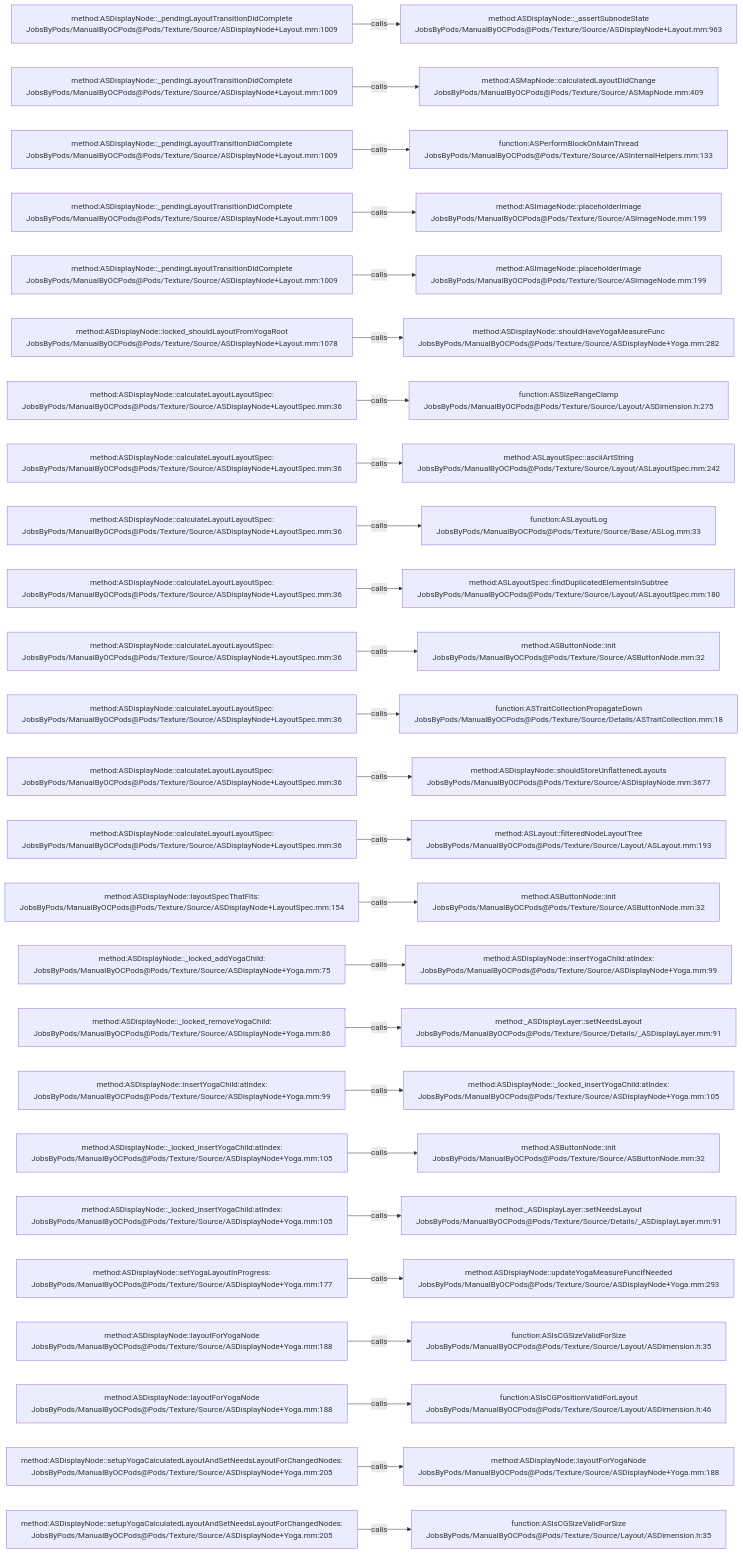
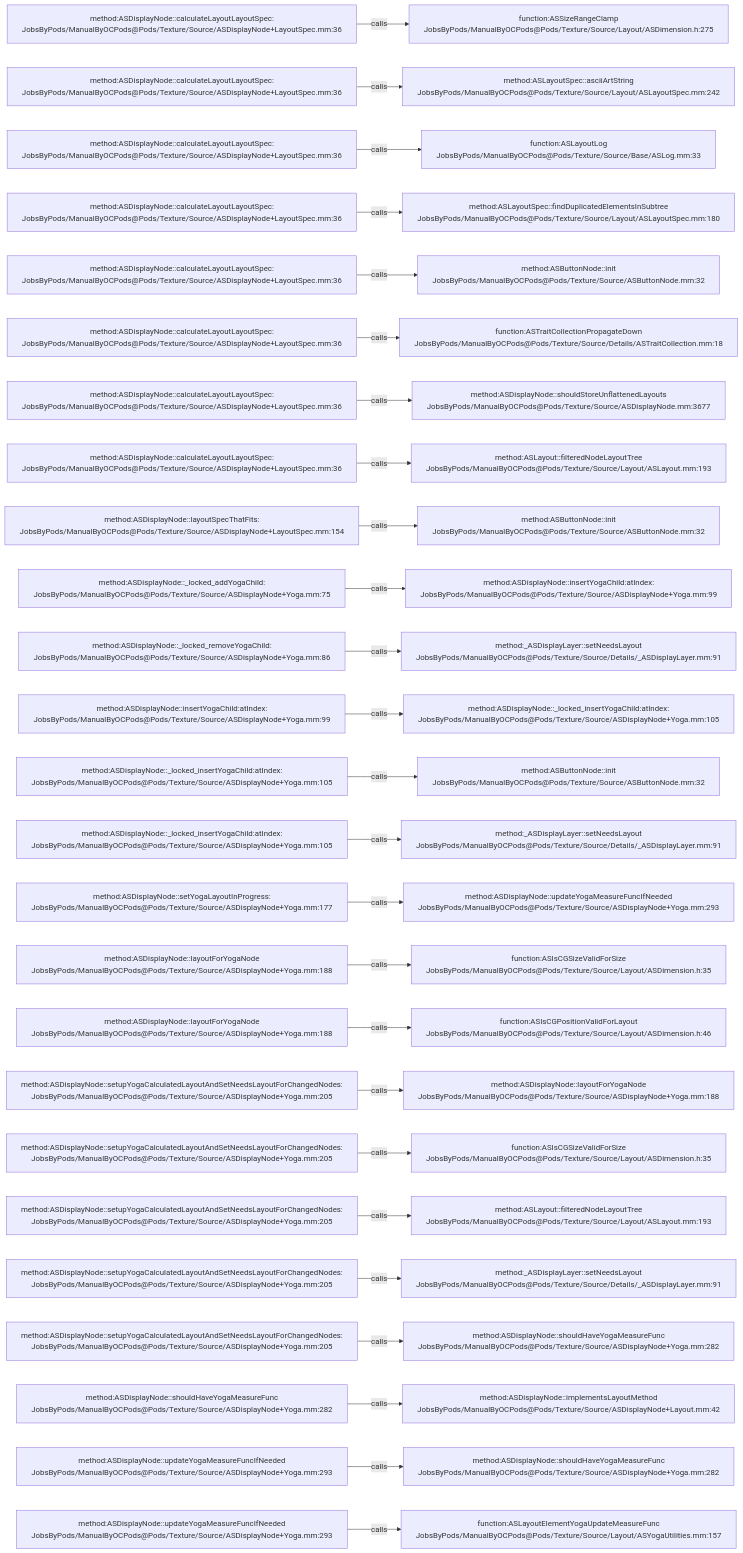
One commit to JobsKits/JobsOCBaseConfigDemo changed the diagram in .codegraph/codegraph.md/graphs/calls-086.md. Above: the diagram before and after it, drawn with Mermaid. The commit also changed 666 other files, not shown here.

````diff
--- a/.codegraph/codegraph.md/graphs/calls-086.md
+++ b/.codegraph/codegraph.md/graphs/calls-086.md
@@ -13,78 +13,78 @@
 ```mermaid
 flowchart LR
-  S1["method:ASDisplayNode::_pendingLayoutTransitionDidComplete<br/>JobsByPods/ManualByOCPods@Pods/Texture/Source/ASDisplayNode+Layout.mm:1009"]
-  T1["method:ASDisplayNode::_assertSubnodeState<br/>JobsByPods/ManualByOCPods@Pods/Texture/Source/ASDisplayNode+Layout.mm:963"]
+  S1["method:ASDisplayNode::calculateLayoutLayoutSpec:<br/>JobsByPods/ManualByOCPods@Pods/Texture/Source/ASDisplayNode+LayoutSpec.mm:36"]
+  T1["function:ASSizeRangeClamp<br/>JobsByPods/ManualByOCPods@Pods/Texture/Source/Layout/ASDimension.h:275"]
   S1 -->|calls| T1
-  S2["method:ASDisplayNode::_pendingLayoutTransitionDidComplete<br/>JobsByPods/ManualByOCPods@Pods/Texture/Source/ASDisplayNode+Layout.mm:1009"]
-  T2["method:ASMapNode::calculatedLayoutDidChange<br/>JobsByPods/ManualByOCPods@Pods/Texture/Source/ASMapNode.mm:409"]
+  S2["method:ASDisplayNode::calculateLayoutLayoutSpec:<br/>JobsByPods/ManualByOCPods@Pods/Texture/Source/ASDisplayNode+LayoutSpec.mm:36"]
+  T2["method:ASLayoutSpec::asciiArtString<br/>JobsByPods/ManualByOCPods@Pods/Texture/Source/Layout/ASLayoutSpec.mm:242"]
   S2 -->|calls| T2
-  S3["method:ASDisplayNode::_pendingLayoutTransitionDidComplete<br/>JobsByPods/ManualByOCPods@Pods/Texture/Source/ASDisplayNode+Layout.mm:1009"]
-  T3["function:ASPerformBlockOnMainThread<br/>JobsByPods/ManualByOCPods@Pods/Texture/Source/ASInternalHelpers.mm:133"]
+  S3["method:ASDisplayNode::calculateLayoutLayoutSpec:<br/>JobsByPods/ManualByOCPods@Pods/Texture/Source/ASDisplayNode+LayoutSpec.mm:36"]
+  T3["function:ASLayoutLog<br/>JobsByPods/ManualByOCPods@Pods/Texture/Source/Base/ASLog.mm:33"]
   S3 -->|calls| T3
-  S4["method:ASDisplayNode::_pendingLayoutTransitionDidComplete<br/>JobsByPods/ManualByOCPods@Pods/Texture/Source/ASDisplayNode+Layout.mm:1009"]
-  T4["method:ASImageNode::placeholderImage<br/>JobsByPods/ManualByOCPods@Pods/Texture/Source/ASImageNode.mm:199"]
+  S4["method:ASDisplayNode::calculateLayoutLayoutSpec:<br/>JobsByPods/ManualByOCPods@Pods/Texture/Source/ASDisplayNode+LayoutSpec.mm:36"]
+  T4["method:ASLayoutSpec::findDuplicatedElementsInSubtree<br/>JobsByPods/ManualByOCPods@Pods/Texture/Source/Layout/ASLayoutSpec.mm:180"]
   S4 -->|calls| T4
-  S5["method:ASDisplayNode::_pendingLayoutTransitionDidComplete<br/>JobsByPods/ManualByOCPods@Pods/Texture/Source/ASDisplayNode+Layout.mm:1009"]
-  T5["method:ASImageNode::placeholderImage<br/>JobsByPods/ManualByOCPods@Pods/Texture/Source/ASImageNode.mm:199"]
+  S5["method:ASDisplayNode::calculateLayoutLayoutSpec:<br/>JobsByPods/ManualByOCPods@Pods/Texture/Source/ASDisplayNode+LayoutSpec.mm:36"]
+  T5["method:ASButtonNode::init<br/>JobsByPods/ManualByOCPods@Pods/Texture/Source/ASButtonNode.mm:32"]
   S5 -->|calls| T5
-  S6["method:ASDisplayNode::locked_shouldLayoutFromYogaRoot<br/>JobsByPods/ManualByOCPods@Pods/Texture/Source/ASDisplayNode+Layout.mm:1078"]
-  T6["method:ASDisplayNode::shouldHaveYogaMeasureFunc<br/>JobsByPods/ManualByOCPods@Pods/Texture/Source/ASDisplayNode+Yoga.mm:282"]
+  S6["method:ASDisplayNode::calculateLayoutLayoutSpec:<br/>JobsByPods/ManualByOCPods@Pods/Texture/Source/ASDisplayNode+LayoutSpec.mm:36"]
+  T6["function:ASTraitCollectionPropagateDown<br/>JobsByPods/ManualByOCPods@Pods/Texture/Source/Details/ASTraitCollection.mm:18"]
   S6 -->|calls| T6
   S7["method:ASDisplayNode::calculateLayoutLayoutSpec:<br/>JobsByPods/ManualByOCPods@Pods/Texture/Source/ASDisplayNode+LayoutSpec.mm:36"]
-  T7["function:ASSizeRangeClamp<br/>JobsByPods/ManualByOCPods@Pods/Texture/Source/Layout/ASDimension.h:275"]
+  T7["method:ASDisplayNode::shouldStoreUnflattenedLayouts<br/>JobsByPods/ManualByOCPods@Pods/Texture/Source/ASDisplayNode.mm:3677"]
   S7 -->|calls| T7
   S8["method:ASDisplayNode::calculateLayoutLayoutSpec:<br/>JobsByPods/ManualByOCPods@Pods/Texture/Source/ASDisplayNode+LayoutSpec.mm:36"]
-  T8["method:ASLayoutSpec::asciiArtString<br/>JobsByPods/ManualByOCPods@Pods/Texture/Source/Layout/ASLayoutSpec.mm:242"]
+  T8["method:ASLayout::filteredNodeLayoutTree<br/>JobsByPods/ManualByOCPods@Pods/Texture/Source/Layout/ASLayout.mm:193"]
   S8 -->|calls| T8
-  S9["method:ASDisplayNode::calculateLayoutLayoutSpec:<br/>JobsByPods/ManualByOCPods@Pods/Texture/Source/ASDisplayNode+LayoutSpec.mm:36"]
-  T9["function:ASLayoutLog<br/>JobsByPods/ManualByOCPods@Pods/Texture/Source/Base/ASLog.mm:33"]
+  S9["method:ASDisplayNode::layoutSpecThatFits:<br/>JobsByPods/ManualByOCPods@Pods/Texture/Source/ASDisplayNode+LayoutSpec.mm:154"]
+  T9["method:ASButtonNode::init<br/>JobsByPods/ManualByOCPods@Pods/Texture/Source/ASButtonNode.mm:32"]
   S9 -->|calls| T9
-  S10["method:ASDisplayNode::calculateLayoutLayoutSpec:<br/>JobsByPods/ManualByOCPods@Pods/Texture/Source/ASDisplayNode+LayoutSpec.mm:36"]
-  T10["method:ASLayoutSpec::findDuplicatedElementsInSubtree<br/>JobsByPods/ManualByOCPods@Pods/Texture/Source/Layout/ASLayoutSpec.mm:180"]
+  S10["method:ASDisplayNode::_locked_addYogaChild:<br/>JobsByPods/ManualByOCPods@Pods/Texture/Source/ASDisplayNode+Yoga.mm:75"]
+  T10["method:ASDisplayNode::insertYogaChild:atIndex:<br/>JobsByPods/ManualByOCPods@Pods/Texture/Source/ASDisplayNode+Yoga.mm:99"]
   S10 -->|calls| T10
-  S11["method:ASDisplayNode::calculateLayoutLayoutSpec:<br/>JobsByPods/ManualByOCPods@Pods/Texture/Source/ASDisplayNode+LayoutSpec.mm:36"]
-  T11["method:ASButtonNode::init<br/>JobsByPods/ManualByOCPods@Pods/Texture/Source/ASButtonNode.mm:32"]
+  S11["method:ASDisplayNode::_locked_removeYogaChild:<br/>JobsByPods/ManualByOCPods@Pods/Texture/Source/ASDisplayNode+Yoga.mm:86"]
+  T11["method:_ASDisplayLayer::setNeedsLayout<br/>JobsByPods/ManualByOCPods@Pods/Texture/Source/Details/_ASDisplayLayer.mm:91"]
   S11 -->|calls| T11
-  S12["method:ASDisplayNode::calculateLayoutLayoutSpec:<br/>JobsByPods/ManualByOCPods@Pods/Texture/Source/ASDisplayNode+LayoutSpec.mm:36"]
-  T12["function:ASTraitCollectionPropagateDown<br/>JobsByPods/ManualByOCPods@Pods/Texture/Source/Details/ASTraitCollection.mm:18"]
+  S12["method:ASDisplayNode::insertYogaChild:atIndex:<br/>JobsByPods/ManualByOCPods@Pods/Texture/Source/ASDisplayNode+Yoga.mm:99"]
+  T12["method:ASDisplayNode::_locked_insertYogaChild:atIndex:<br/>JobsByPods/ManualByOCPods@Pods/Texture/Source/ASDisplayNode+Yoga.mm:105"]
   S12 -->|calls| T12
-  S13["method:ASDisplayNode::calculateLayoutLayoutSpec:<br/>JobsByPods/ManualByOCPods@Pods/Texture/Source/ASDisplayNode+LayoutSpec.mm:36"]
-  T13["method:ASDisplayNode::shouldStoreUnflattenedLayouts<br/>JobsByPods/ManualByOCPods@Pods/Texture/Source/ASDisplayNode.mm:3677"]
+  S13["method:ASDisplayNode::_locked_insertYogaChild:atIndex:<br/>JobsByPods/ManualByOCPods@Pods/Texture/Source/ASDisplayNode+Yoga.mm:105"]
+  T13["method:ASButtonNode::init<br/>JobsByPods/ManualByOCPods@Pods/Texture/Source/ASButtonNode.mm:32"]
   S13 -->|calls| T13
-  S14["method:ASDisplayNode::calculateLayoutLayoutSpec:<br/>JobsByPods/ManualByOCPods@Pods/Texture/Source/ASDisplayNode+LayoutSpec.mm:36"]
-  T14["method:ASLayout::filteredNodeLayoutTree<br/>JobsByPods/ManualByOCPods@Pods/Texture/Source/Layout/ASLayout.mm:193"]
+  S14["method:ASDisplayNode::_locked_insertYogaChild:atIndex:<br/>JobsByPods/ManualByOCPods@Pods/Texture/Source/ASDisplayNode+Yoga.mm:105"]
+  T14["method:_ASDisplayLayer::setNeedsLayout<br/>JobsByPods/ManualByOCPods@Pods/Texture/Source/Details/_ASDisplayLayer.mm:91"]
   S14 -->|calls| T14
-  S15["method:ASDisplayNode::layoutSpecThatFits:<br/>JobsByPods/ManualByOCPods@Pods/Texture/Source/ASDisplayNode+LayoutSpec.mm:154"]
-  T15["method:ASButtonNode::init<br/>JobsByPods/ManualByOCPods@Pods/Texture/Source/ASButtonNode.mm:32"]
+  S15["method:ASDisplayNode::setYogaLayoutInProgress:<br/>JobsByPods/ManualByOCPods@Pods/Texture/Source/ASDisplayNode+Yoga.mm:177"]
+  T15["method:ASDisplayNode::updateYogaMeasureFuncIfNeeded<br/>JobsByPods/ManualByOCPods@Pods/Texture/Source/ASDisplayNode+Yoga.mm:293"]
   S15 -->|calls| T15
-  S16["method:ASDisplayNode::_locked_addYogaChild:<br/>JobsByPods/ManualByOCPods@Pods/Texture/Source/ASDisplayNode+Yoga.mm:75"]
-  T16["method:ASDisplayNode::insertYogaChild:atIndex:<br/>JobsByPods/ManualByOCPods@Pods/Texture/Source/ASDisplayNode+Yoga.mm:99"]
+  S16["method:ASDisplayNode::layoutForYogaNode<br/>JobsByPods/ManualByOCPods@Pods/Texture/Source/ASDisplayNode+Yoga.mm:188"]
+  T16["function:ASIsCGSizeValidForSize<br/>JobsByPods/ManualByOCPods@Pods/Texture/Source/Layout/ASDimension.h:35"]
   S16 -->|calls| T16
-  S17["method:ASDisplayNode::_locked_removeYogaChild:<br/>JobsByPods/ManualByOCPods@Pods/Texture/Source/ASDisplayNode+Yoga.mm:86"]
-  T17["method:_ASDisplayLayer::setNeedsLayout<br/>JobsByPods/ManualByOCPods@Pods/Texture/Source/Details/_ASDisplayLayer.mm:91"]
+  S17["method:ASDisplayNode::layoutForYogaNode<br/>JobsByPods/ManualByOCPods@Pods/Texture/Source/ASDisplayNode+Yoga.mm:188"]
+  T17["function:ASIsCGPositionValidForLayout<br/>JobsByPods/ManualByOCPods@Pods/Texture/Source/Layout/ASDimension.h:46"]
   S17 -->|calls| T17
-  S18["method:ASDisplayNode::insertYogaChild:atIndex:<br/>JobsByPods/ManualByOCPods@Pods/Texture/Source/ASDisplayNode+Yoga.mm:99"]
-  T18["method:ASDisplayNode::_locked_insertYogaChild:atIndex:<br/>JobsByPods/ManualByOCPods@Pods/Texture/Source/ASDisplayNode+Yoga.mm:105"]
+  S18["method:ASDisplayNode::setupYogaCalculatedLayoutAndSetNeedsLayoutForChangedNodes:<br/>JobsByPods/ManualByOCPods@Pods/Texture/Source/ASDisplayNode+Yoga.mm:205"]
+  T18["method:ASDisplayNode::layoutForYogaNode<br/>JobsByPods/ManualByOCPods@Pods/Texture/Source/ASDisplayNode+Yoga.mm:188"]
   S18 -->|calls| T18
-  S19["method:ASDisplayNode::_locked_insertYogaChild:atIndex:<br/>JobsByPods/ManualByOCPods@Pods/Texture/Source/ASDisplayNode+Yoga.mm:105"]
-  T19["method:ASButtonNode::init<br/>JobsByPods/ManualByOCPods@Pods/Texture/Source/ASButtonNode.mm:32"]
+  S19["method:ASDisplayNode::setupYogaCalculatedLayoutAndSetNeedsLayoutForChangedNodes:<br/>JobsByPods/ManualByOCPods@Pods/Texture/Source/ASDisplayNode+Yoga.mm:205"]
+  T19["function:ASIsCGSizeValidForSize<br/>JobsByPods/ManualByOCPods@Pods/Texture/Source/Layout/ASDimension.h:35"]
   S19 -->|calls| T19
-  S20["method:ASDisplayNode::_locked_insertYogaChild:atIndex:<br/>JobsByPods/ManualByOCPods@Pods/Texture/Source/ASDisplayNode+Yoga.mm:105"]
-  T20["method:_ASDisplayLayer::setNeedsLayout<br/>JobsByPods/ManualByOCPods@Pods/Texture/Source/Details/_ASDisplayLayer.mm:91"]
+  S20["method:ASDisplayNode::setupYogaCalculatedLayoutAndSetNeedsLayoutForChangedNodes:<br/>JobsByPods/ManualByOCPods@Pods/Texture/Source/ASDisplayNode+Yoga.mm:205"]
+  T20["method:ASLayout::filteredNodeLayoutTree<br/>JobsByPods/ManualByOCPods@Pods/Texture/Source/Layout/ASLayout.mm:193"]
   S20 -->|calls| T20
-  S21["method:ASDisplayNode::setYogaLayoutInProgress:<br/>JobsByPods/ManualByOCPods@Pods/Texture/Source/ASDisplayNode+Yoga.mm:177"]
-  T21["method:ASDisplayNode::updateYogaMeasureFuncIfNeeded<br/>JobsByPods/ManualByOCPods@Pods/Texture/Source/ASDisplayNode+Yoga.mm:293"]
+  S21["method:ASDisplayNode::setupYogaCalculatedLayoutAndSetNeedsLayoutForChangedNodes:<br/>JobsByPods/ManualByOCPods@Pods/Texture/Source/ASDisplayNode+Yoga.mm:205"]
+  T21["method:_ASDisplayLayer::setNeedsLayout<br/>JobsByPods/ManualByOCPods@Pods/Texture/Source/Details/_ASDisplayLayer.mm:91"]
   S21 -->|calls| T21
-  S22["method:ASDisplayNode::layoutForYogaNode<br/>JobsByPods/ManualByOCPods@Pods/Texture/Source/ASDisplayNode+Yoga.mm:188"]
-  T22["function:ASIsCGSizeValidForSize<br/>JobsByPods/ManualByOCPods@Pods/Texture/Source/Layout/ASDimension.h:35"]
+  S22["method:ASDisplayNode::setupYogaCalculatedLayoutAndSetNeedsLayoutForChangedNodes:<br/>JobsByPods/ManualByOCPods@Pods/Texture/Source/ASDisplayNode+Yoga.mm:205"]
+  T22["method:ASDisplayNode::shouldHaveYogaMeasureFunc<br/>JobsByPods/ManualByOCPods@Pods/Texture/Source/ASDisplayNode+Yoga.mm:282"]
   S22 -->|calls| T22
-  S23["method:ASDisplayNode::layoutForYogaNode<br/>JobsByPods/ManualByOCPods@Pods/Texture/Source/ASDisplayNode+Yoga.mm:188"]
-  T23["function:ASIsCGPositionValidForLayout<br/>JobsByPods/ManualByOCPods@Pods/Texture/Source/Layout/ASDimension.h:46"]
+  S23["method:ASDisplayNode::shouldHaveYogaMeasureFunc<br/>JobsByPods/ManualByOCPods@Pods/Texture/Source/ASDisplayNode+Yoga.mm:282"]
+  T23["method:ASDisplayNode::implementsLayoutMethod<br/>JobsByPods/ManualByOCPods@Pods/Texture/Source/ASDisplayNode+Layout.mm:42"]
   S23 -->|calls| T23
-  S24["method:ASDisplayNode::setupYogaCalculatedLayoutAndSetNeedsLayoutForChangedNodes:<br/>JobsByPods/ManualByOCPods@Pods/Texture/Source/ASDisplayNode+Yoga.mm:205"]
-  T24["method:ASDisplayNode::layoutForYogaNode<br/>JobsByPods/ManualByOCPods@Pods/Texture/Source/ASDisplayNode+Yoga.mm:188"]
+  S24["method:ASDisplayNode::updateYogaMeasureFuncIfNeeded<br/>JobsByPods/ManualByOCPods@Pods/Texture/Source/ASDisplayNode+Yoga.mm:293"]
+  T24["method:ASDisplayNode::shouldHaveYogaMeasureFunc<br/>JobsByPods/ManualByOCPods@Pods/Texture/Source/ASDisplayNode+Yoga.mm:282"]
   S24 -->|calls| T24
-  S25["method:ASDisplayNode::setupYogaCalculatedLayoutAndSetNeedsLayoutForChangedNodes:<br/>JobsByPods/ManualByOCPods@Pods/Texture/Source/ASDisplayNode+Yoga.mm:205"]
-  T25["function:ASIsCGSizeValidForSize<br/>JobsByPods/ManualByOCPods@Pods/Texture/Source/Layout/ASDimension.h:35"]
+  S25["method:ASDisplayNode::updateYogaMeasureFuncIfNeeded<br/>JobsByPods/ManualByOCPods@Pods/Texture/Source/ASDisplayNode+Yoga.mm:293"]
+  T25["function:ASLayoutElementYogaUpdateMeasureFunc<br/>JobsByPods/ManualByOCPods@Pods/Texture/Source/Layout/ASYogaUtilities.mm:157"]
   S25 -->|calls| T25
 ```
````
